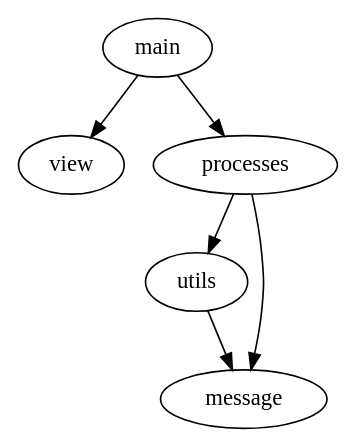
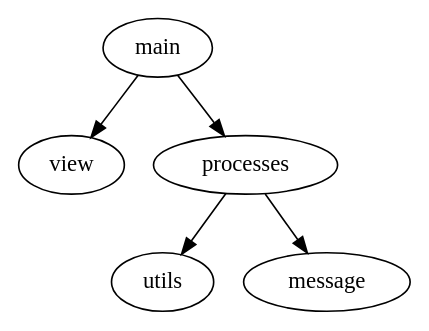
One commit to TinyBeer/ChartRoom changed the diagram in Go/PackageDependencyDiagram/client/client.gv. Above: the diagram before and after it, drawn with Graphviz. The commit also changed 12 other files, not shown here.

```diff
--- a/Go/PackageDependencyDiagram/client/client.gv
+++ b/Go/PackageDependencyDiagram/client/client.gv
@@ -1,5 +1,5 @@
 digraph {
     main -> view;
-    main -> processes -> utils -> message;
+    main -> processes -> utils;
     processes -> message;
 }
```
